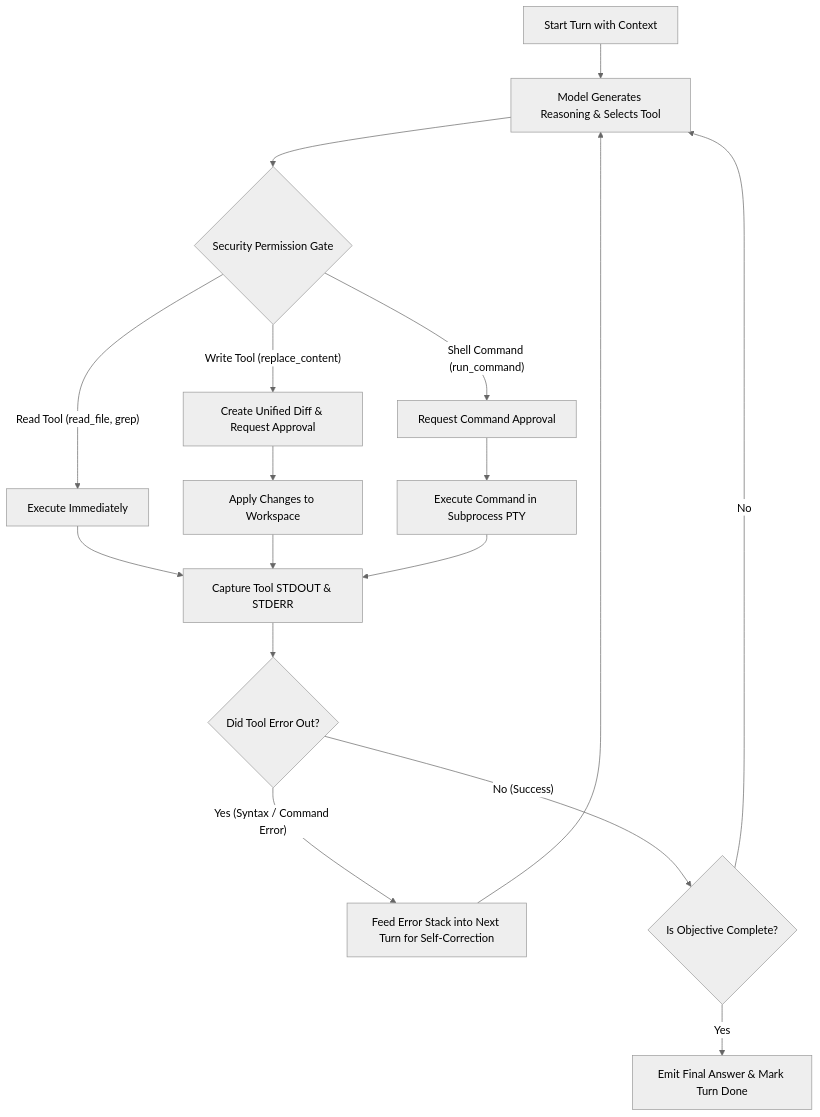
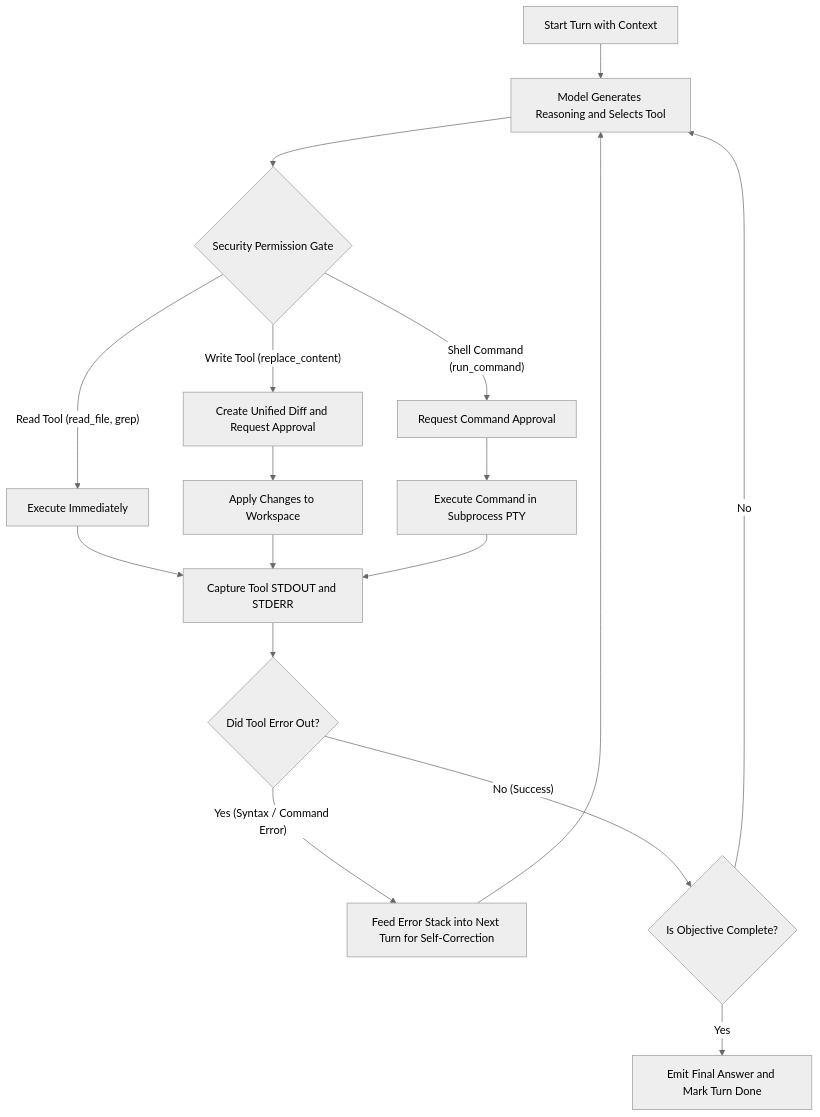
One commit to KerberoSec/KerberoSec-CLI changed the fifth of 24 diagrams in README.md. Above: the diagram before and after it, drawn with Mermaid (neutral theme). The commit also changed other lines of this file and 5 other files, not shown here.

````diff
--- a/README.md
+++ b/README.md
@@ -260,23 +367,23 @@
 ```mermaid
 flowchart TD
-    StartTurn["Start Turn with Context"] --> Reason["Model Generates Reasoning & Selects Tool"]
+    StartTurn["Start Turn with Context"] --> Reason["Model Generates Reasoning and Selects Tool"]
     Reason --> EvaluateGate{"Security Permission Gate"}
     
     EvaluateGate -- "Read Tool (read_file, grep)" --> ExecRead["Execute Immediately"]
-    EvaluateGate -- "Write Tool (replace_content)" --> GenerateDiff["Create Unified Diff & Request Approval"]
+    EvaluateGate -- "Write Tool (replace_content)" --> GenerateDiff["Create Unified Diff and Request Approval"]
     EvaluateGate -- "Shell Command (run_command)" --> ConfirmCmd["Request Command Approval"]
 
     GenerateDiff --> ApplyDiff["Apply Changes to Workspace"]
     ConfirmCmd --> SpawnPTY["Execute Command in Subprocess PTY"]
     
-    ExecRead --> CaptureOutput["Capture Tool STDOUT & STDERR"]
+    ExecRead --> CaptureOutput["Capture Tool STDOUT and STDERR"]
     ApplyDiff --> CaptureOutput
     SpawnPTY --> CaptureOutput
 
     CaptureOutput --> CheckError{"Did Tool Error Out?"}
     CheckError -- "Yes (Syntax / Command Error)" --> SelfCorrect["Feed Error Stack into Next Turn for Self-Correction"]
     SelfCorrect --> Reason
     CheckError -- "No (Success)" --> FinalCheck{"Is Objective Complete?"}
     FinalCheck -- "No" --> Reason
-    FinalCheck -- "Yes" --> CompleteTurn["Emit Final Answer & Mark Turn Done"]
+    FinalCheck -- "Yes" --> CompleteTurn["Emit Final Answer and Mark Turn Done"]
 ```
````
